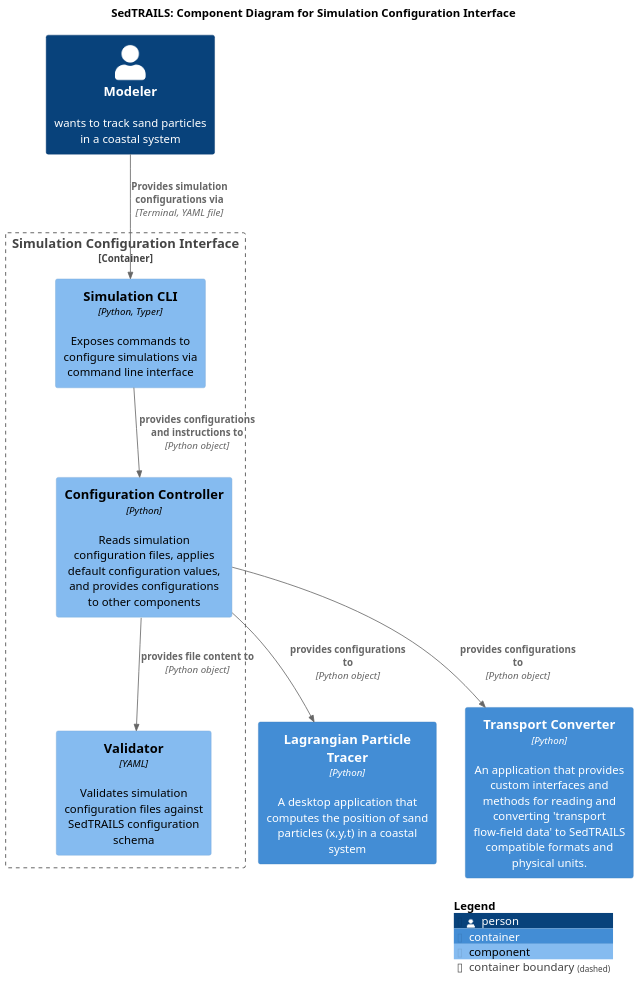
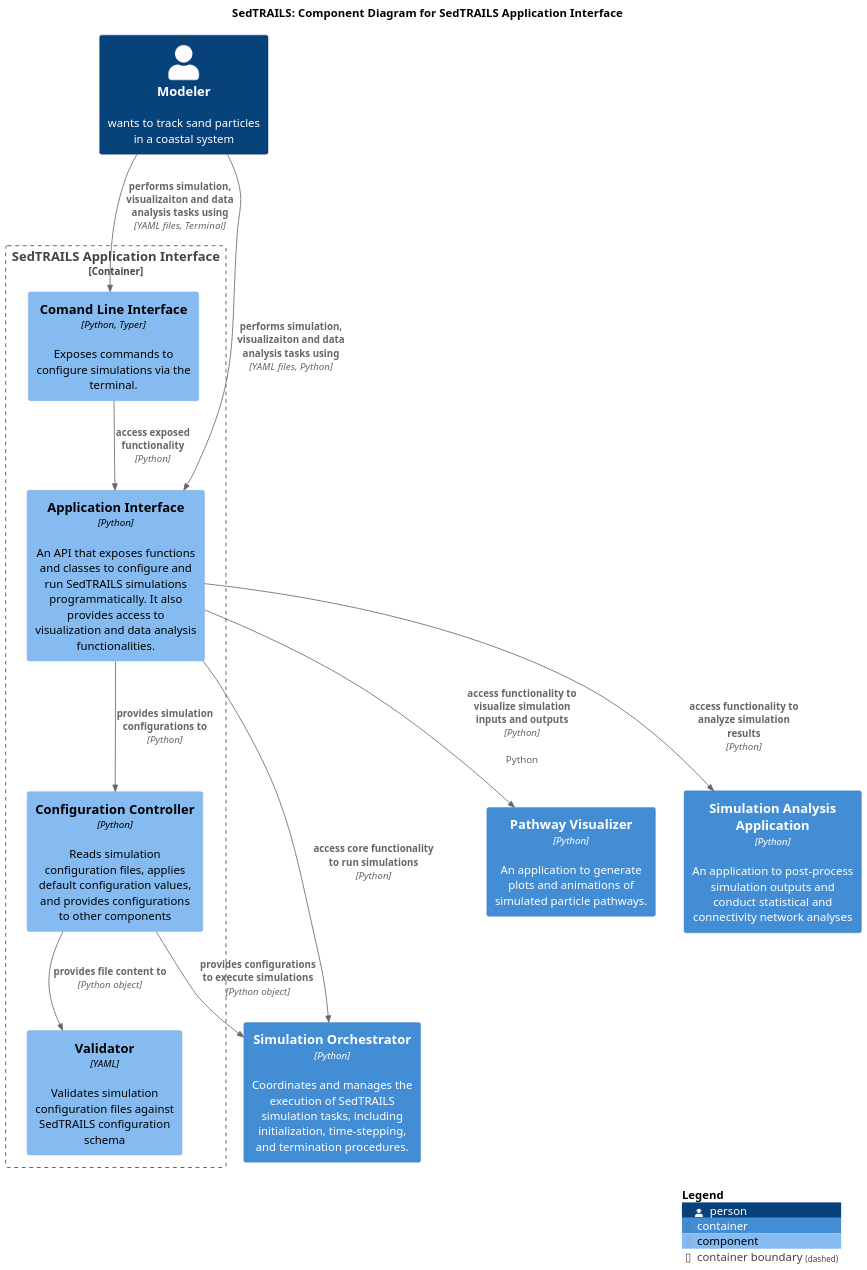
One commit to sgpearson17/sedtrails-sgp changed the diagram in diagrams/components-config-app.puml. Above: the diagram before and after it, drawn with PlantUML. The commit also changed 9 other files, not shown here.

Commit message:
docs: update component diagrams for SedTRAILS applications, enhancing descriptions and relationships

```diff
--- a/diagrams/components-config-app.puml
+++ b/diagrams/components-config-app.puml
@@ -1,26 +1,33 @@
 @startuml SedtrailComponentsConfigurationInterface
 !include ./c4/C4_Component.puml
 
 ' LAYOUT_LANDSCAPE()
 
-title SedTRAILS: Component Diagram for Simulation Configuration Interface
+title SedTRAILS: Component Diagram for SedTRAILS  Application Interface
 scale 1.5
 
 Person(modeler, "Modeler", "wants to track sand particles in a coastal system")
-Container(particleTracer, "Lagrangian Particle Tracer", "Python", "A desktop application that computes the position of sand particles (x,y,t) in a coastal system")
-Container(transportConverter, "Transport Converter", "Python", "An application that provides custom interfaces and methods for reading and converting 'transport flow-field data' to SedTRAILS compatible formats and physical units.")
 
-Container_Boundary(configInterface, "Simulation Configuration Interface", "Python", "An application that reads and interprets simulation configuration files"){
-    Component(simulCli, "Simulation CLI", "Python, Typer", "Exposes commands to configure simulations via command line interface")
+Container(simOrchestrator, "Simulation Orchestrator", "Python", "Coordinates and manages the execution of SedTRAILS simulation tasks, including initialization, time-stepping, and termination procedures.")
+Container(pathwayVisualizer, "Pathway Visualizer", "Python", "An application to generate plots and animations of  simulated particle pathways.")
+Container(analystApp, "Simulation Analysis Application", "Python", "An application to post-process simulation outputs and conduct statistical and connectivity network analyses")
+
+Container_Boundary(configInterface, "SedTRAILS Application Interface", "Python", "An application that enables users to access SedTRAILS functionality to run, visualize and analyze simulation"){
+    Component(simulCli, "Comand Line Interface", "Python, Typer", "Exposes commands to configure simulations via the terminal.")
+    Component(simulPython, "Application Interface", "Python", "An API that exposes functions and classes to configure and run SedTRAILS simulations programmatically. It also provides access to visualization and data analysis functionalities.")
     Component(configController, "Configuration Controller", "Python", "Reads simulation configuration files, applies default configuration values, and provides configurations to other components")
     Component(configValidator, "Validator", "YAML", "Validates simulation configuration files against SedTRAILS configuration schema")
     Rel(configController, configValidator, "provides file content to", "Python object")
-    Rel(simulCli, configController, "provides configurations and instructions to", "Python object")
+    Rel(simulCli, simulPython, "access exposed functionality", "Python")
+    Rel(simulPython, configController, "provides simulation configurations to", "Python")
 }
 
-Rel(modeler, simulCli, "Provides simulation configurations via", "Terminal, YAML file")
-Rel(configController, particleTracer, "provides configurations to", "Python object")
-Rel(configController, transportConverter, "provides configurations to", "Python object")
-
+Rel(modeler, simulCli, "performs simulation, visualizaiton and data analysis tasks using", "YAML files, Terminal")
+Rel(modeler, simulPython, "performs simulation, visualizaiton and data analysis tasks using", "YAML files, Python")
+Rel(configController, simOrchestrator, "provides configurations to execute simulations", "Python object")
+Rel(simulPython, simOrchestrator, "access core functionality to run simulations", "Python")
+Rel(simulPython, analystApp, "access functionality to analyze simulation results", "Python")
+Rel(simulPython, pathwayVisualizer, "access functionality to visualize simulation inputs and outputs", "Python", "Python")
+ 
 SHOW_LEGEND()
 @enduml
```
